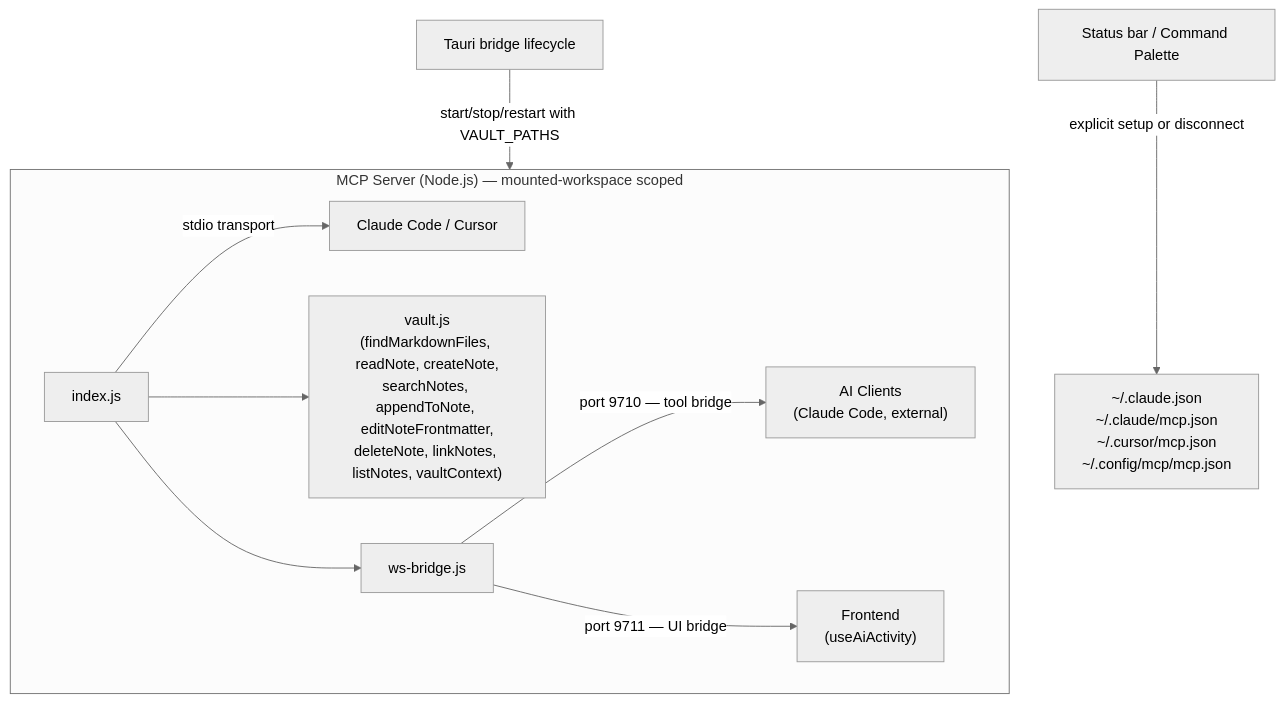
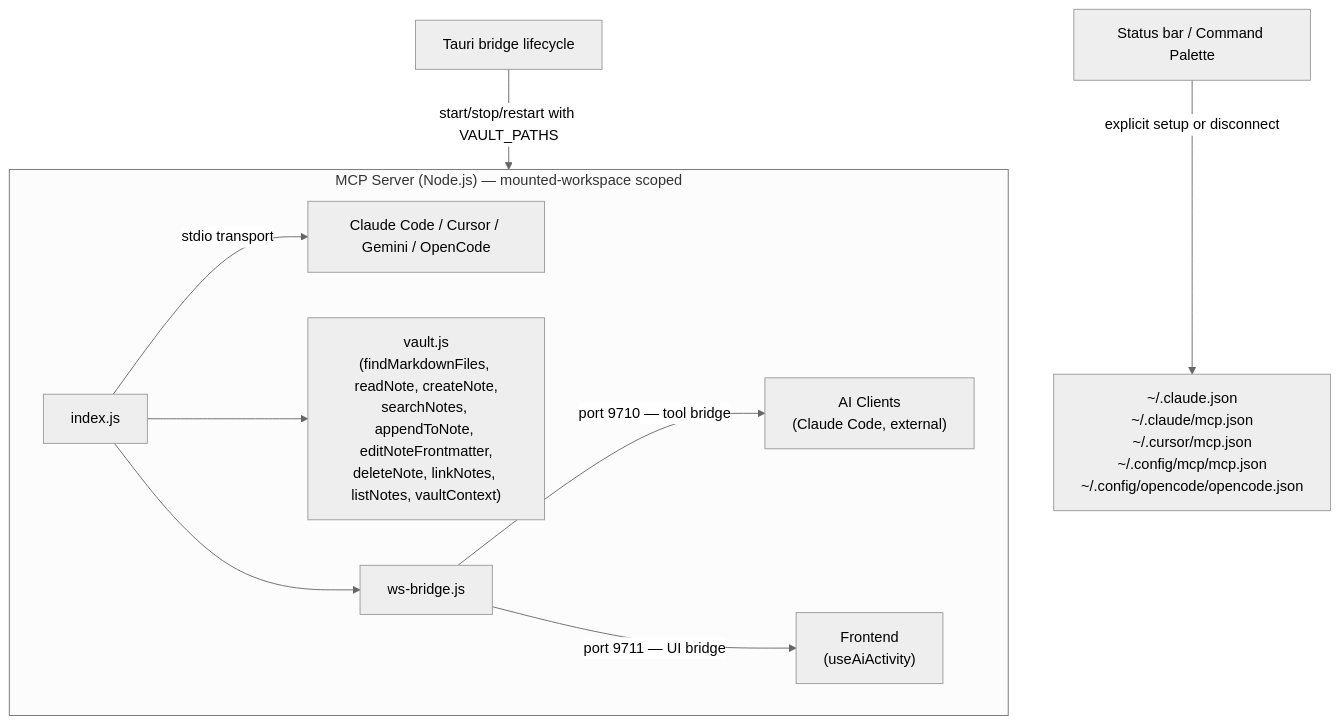
The fourth of 10 diagrams in docs/ARCHITECTURE.md (aimeritething/Fuwa), drawn with Mermaid (neutral theme) before and after one commit. The commit also changed other lines of this file and 8 other files, not shown here.

````diff
--- a/docs/ARCHITECTURE.md
+++ b/docs/ARCHITECTURE.md
@@ -383,17 +384,17 @@
 ```mermaid
 flowchart TD
     subgraph MCP["MCP Server (Node.js) — mounted-workspace scoped"]
         IDX["index.js"]
         VAULT["vault.js\n(findMarkdownFiles, readNote, createNote,\nsearchNotes, appendToNote, editNoteFrontmatter,\ndeleteNote, linkNotes, listNotes, vaultContext)"]
         WSB["ws-bridge.js"]
 
-        IDX -->|"stdio transport"| STDIO["Claude Code / Cursor"]
+        IDX -->|"stdio transport"| STDIO["Claude Code / Cursor / Gemini / OpenCode"]
         IDX --> VAULT
         IDX --> WSB
         WSB -->|"port 9710 — tool bridge"| AI["AI Clients\n(Claude Code, external)"]
         WSB -->|"port 9711 — UI bridge"| FE["Frontend\n(useAiActivity)"]
     end
 
     TAURI["Tauri bridge lifecycle"] -->|"start/stop/restart with VAULT_PATHS"| MCP
-    UI["Status bar / Command Palette"] -->|"explicit setup or disconnect"| CFG["~/.claude.json\n~/.claude/mcp.json\n~/.cursor/mcp.json\n~/.config/mcp/mcp.json"]
+    UI["Status bar / Command Palette"] -->|"explicit setup or disconnect"| CFG["~/.claude.json\n~/.claude/mcp.json\n~/.cursor/mcp.json\n~/.config/mcp/mcp.json\n~/.config/opencode/opencode.json"]
 ```
````
